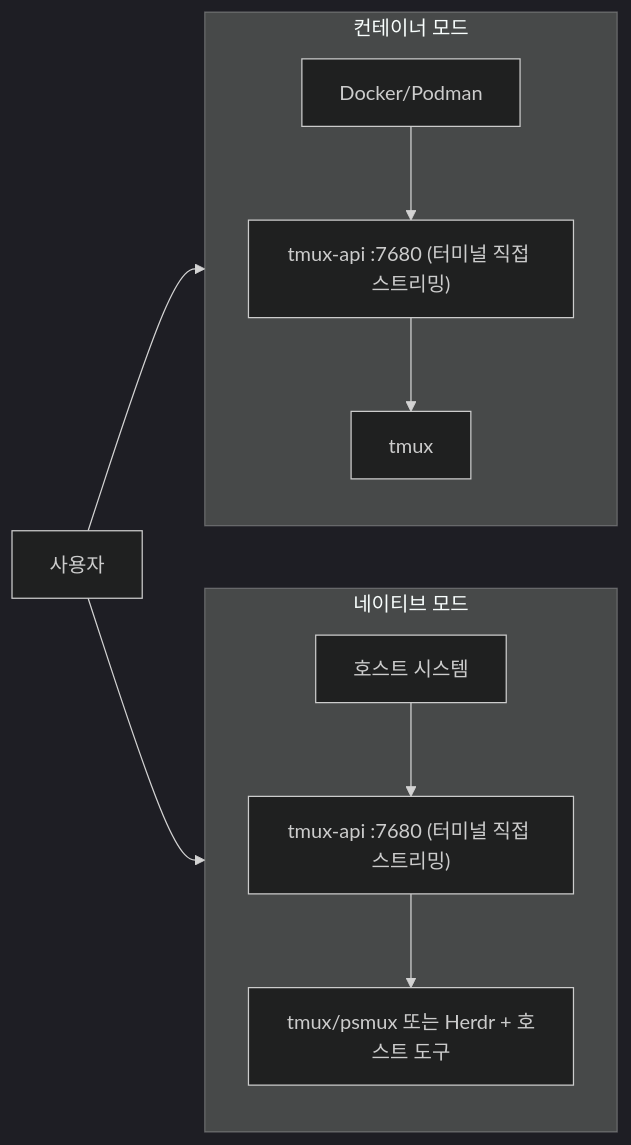
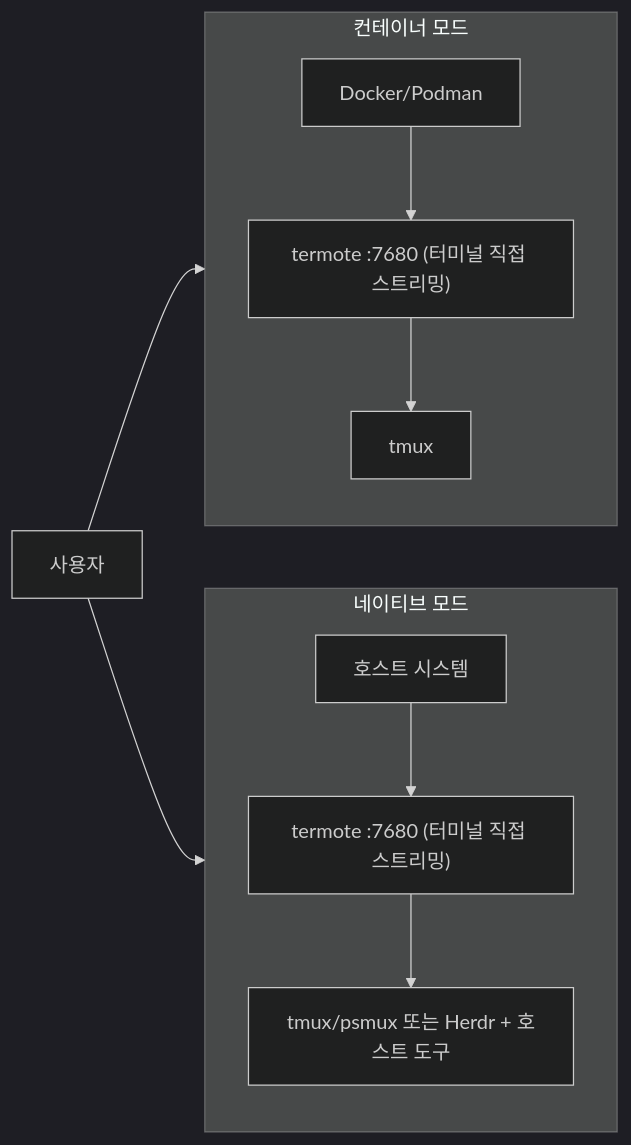
Before and after one commit to lamngockhuong/termote: the second of 2 diagrams in README.ko.md, drawn with Mermaid (dark theme). The commit also changed other lines of this file and 107 other files, not shown here.

First line of the commit message:
refactor!: rename tmux-api to server and its binary to termote (#215)

````diff
--- a/README.ko.md
+++ b/README.ko.md
@@ -224,14 +224,14 @@
 ```mermaid
 flowchart LR
     subgraph Container["컨테이너 모드"]
         direction TB
-        C1["Docker/Podman"] --> C2["tmux-api :7680 (터미널 직접 스트리밍)"] --> C3["tmux"]
+        C1["Docker/Podman"] --> C2["termote :7680 (터미널 직접 스트리밍)"] --> C3["tmux"]
     end
 
     subgraph Native["네이티브 모드"]
         direction TB
-        N1["호스트 시스템"] --> N2["tmux-api :7680 (터미널 직접 스트리밍)"] --> N3["tmux/psmux 또는 Herdr + 호스트 도구"]
+        N1["호스트 시스템"] --> N2["termote :7680 (터미널 직접 스트리밍)"] --> N3["tmux/psmux 또는 Herdr + 호스트 도구"]
     end
 
     User["사용자"] --> Container & Native
 ```
````
